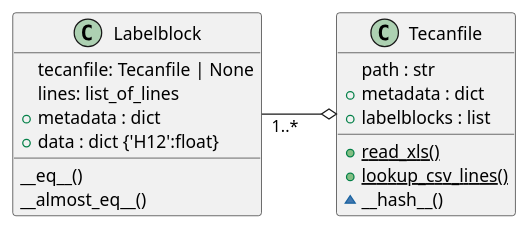
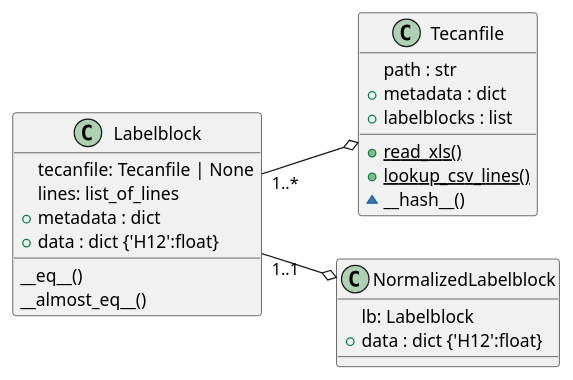
Before and after one commit to darosio/ClopHfit: the first of 2 diagrams in docs/api/api.rst, drawn with PlantUML. The commit also changed other lines of this file and 17 other files, not shown here.

```diff
--- a/docs/api/api.rst
+++ b/docs/api/api.rst
@@ -26,23 +26,29 @@
 .. uml::
 
    left to right direction
 
    Labelblock "1..*" --o Tecanfile
+   Labelblock "1..1" --o NormalizedLabelblock
 
    class Labelblock{
      tecanfile: Tecanfile | None
      lines: list_of_lines
      +metadata : dict
      +data : dict {'H12':float}
 	 __eq__()
      __almost_eq__()
-    }
+   }
 
-	class Tecanfile{
-	  path : str
-	  +metadata : dict
-	  +labelblocks : list
-	  {static} +read_xls()
-	  {static} +lookup_csv_lines()
-	  ~__hash__()
-    }
+   class NormalizedLabelblock{
+     lb: Labelblock
+     +data : dict {'H12':float}
+   }
+
+   class Tecanfile{
+     path : str
+	 +metadata : dict
+	 +labelblocks : list
+	 {static} +read_xls()
+	 {static} +lookup_csv_lines()
+	 ~__hash__()
+   }
```
